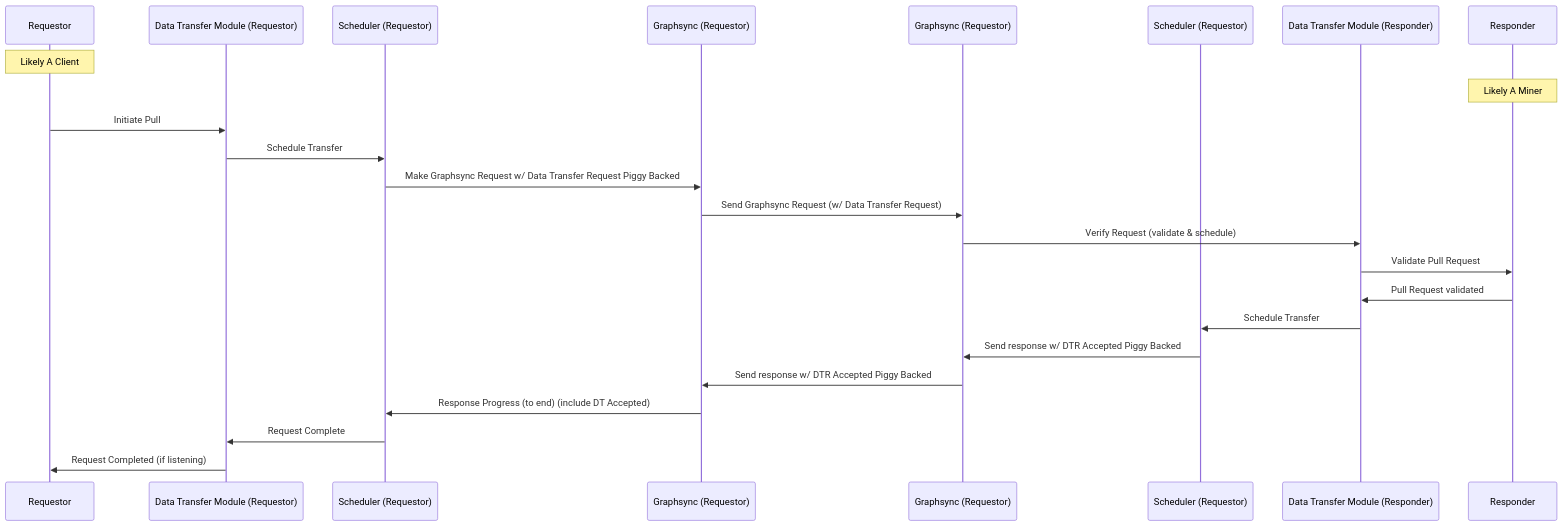
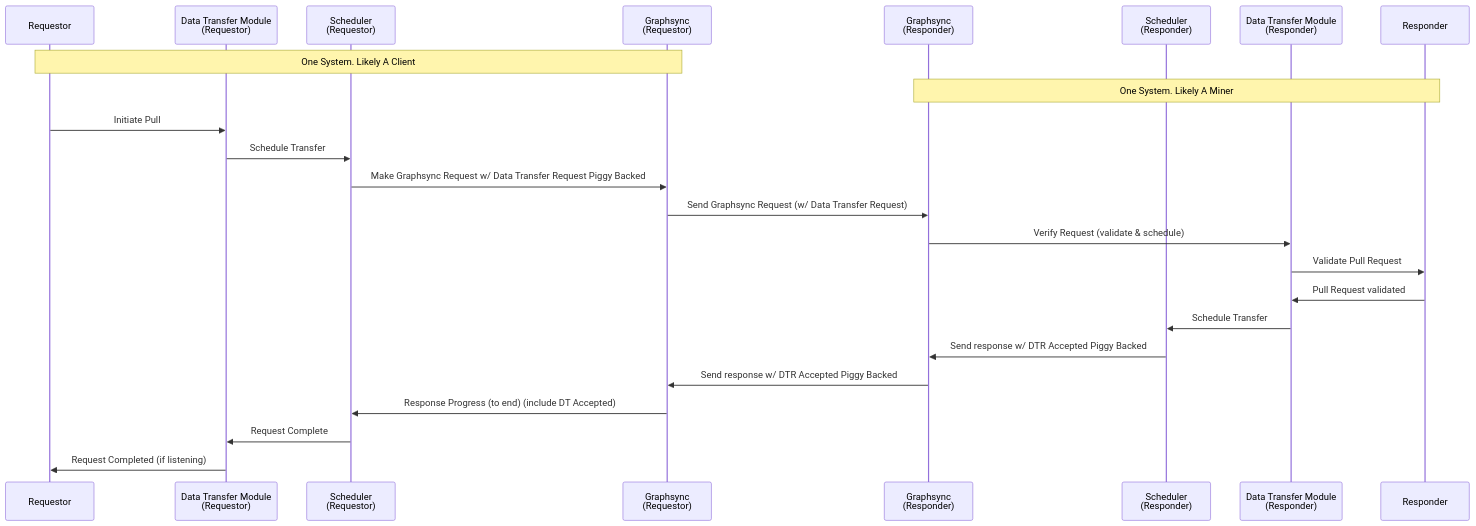
Before and after one commit to filecoin-project/specs: the diagram in src/systems/filecoin_files/data_transfer/alternate-pull-flow.mmd, drawn with Mermaid. The commit also changed 5 other files, not shown here.

First line of the commit message:
data_transfer: changed to mmd diagrams

```diff
--- a/src/systems/filecoin_files/data_transfer/alternate-pull-flow.mmd
+++ b/src/systems/filecoin_files/data_transfer/alternate-pull-flow.mmd
@@ -1,27 +1,27 @@
 sequenceDiagram
 
   participant Requestor
-  participant ReqDT as Data Transfer Module (Requestor)
-  participant ReqSC as Scheduler (Requestor)
-  participant ReqGS as Graphsync (Requestor)
-  participant ResGS as Graphsync (Requestor)
-  participant ResSC as Scheduler (Requestor)
-  participant ResDT as Data Transfer Module (Responder)
+  participant ReqDT as Data Transfer Module <br /> (Requestor)
+  participant ReqSC as Scheduler <br /> (Requestor)
+  participant ReqGS as Graphsync <br /> (Requestor)
+  participant ResGS as Graphsync <br /> (Responder)
+  participant ResSC as Scheduler <br /> (Responder)
+  participant ResDT as Data Transfer Module <br />  (Responder)
   participant Responder
 
-  Note over Requestor: Likely A Client
-  Note over Responder: Likely A Miner
+  Note over Requestor,ReqGS: One System. Likely A Client
+  Note over ResGS,Responder: One System. Likely A Miner
 
   Requestor ->> ReqDT : Initiate Pull
   ReqDT ->> ReqSC : Schedule Transfer
   ReqSC ->> ReqGS : Make Graphsync Request w/ Data Transfer Request Piggy Backed
   ReqGS ->> ResGS : Send Graphsync Request (w/ Data Transfer Request)
   ResGS ->> ResDT : Verify Request (validate & schedule)
   ResDT ->> Responder : Validate Pull Request
   Responder ->> ResDT : Pull Request validated
   ResDT ->> ResSC : Schedule Transfer
   ResSC ->> ResGS : Send response w/ DTR Accepted Piggy Backed
   ResGS ->> ReqGS : Send response w/ DTR Accepted Piggy Backed
   ReqGS ->> ReqSC : Response Progress (to end) (include DT Accepted)
   ReqSC ->> ReqDT : Request Complete
   ReqDT ->> Requestor : Request Completed (if listening)
```
